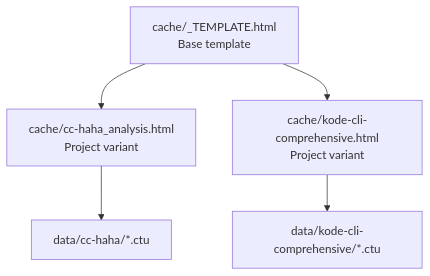
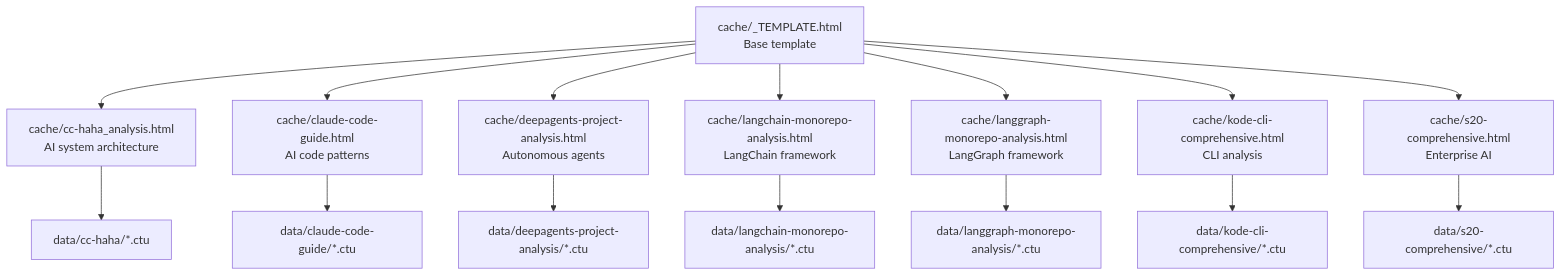
One commit to pingwurth/code-to-uml changed the third of 8 diagrams in .qoder/repowiki/en/content/Template System/Template System.md. Above: the diagram before and after it, drawn with Mermaid. The commit also changed other lines of this file and 48 other files, not shown here.

````diff
--- a/.qoder/repowiki/en/content/Template System/Template System.md
+++ b/.qoder/repowiki/en/content/Template System/Template System.md
@@ -161,7 +221,17 @@
 ```mermaid
 flowchart TD
-Base["cache/_TEMPLATE.html<br/>Base template"] --> CC["cache/cc-haha_analysis.html<br/>Project variant"]
-Base --> KC["cache/kode-cli-comprehensive.html<br/>Project variant"]
+Base["cache/_TEMPLATE.html<br/>Base template"] --> CC["cache/cc-haha_analysis.html<br/>AI system architecture"]
+Base --> CL["cache/claude-code-guide.html<br/>AI code patterns"]
+Base --> DA["cache/deepagents-project-analysis.html<br/>Autonomous agents"]
+Base --> LC["cache/langchain-monorepo-analysis.html<br/>LangChain framework"]
+Base --> LG["cache/langgraph-monorepo-analysis.html<br/>LangGraph framework"]
+Base --> KC["cache/kode-cli-comprehensive.html<br/>CLI analysis"]
+Base --> S20["cache/s20-comprehensive.html<br/>Enterprise AI"]
 CC --> DirCC["data/cc-haha/*.ctu"]
+CL --> DirCL["data/claude-code-guide/*.ctu"]
+DA --> DirDA["data/deepagents-project-analysis/*.ctu"]
+LC --> DirLC["data/langchain-monorepo-analysis/*.ctu"]
+LG --> DirLG["data/langgraph-monorepo-analysis/*.ctu"]
 KC --> DirKC["data/kode-cli-comprehensive/*.ctu"]
+S20 --> DirS20["data/s20-comprehensive/*.ctu"]
 ```
````
